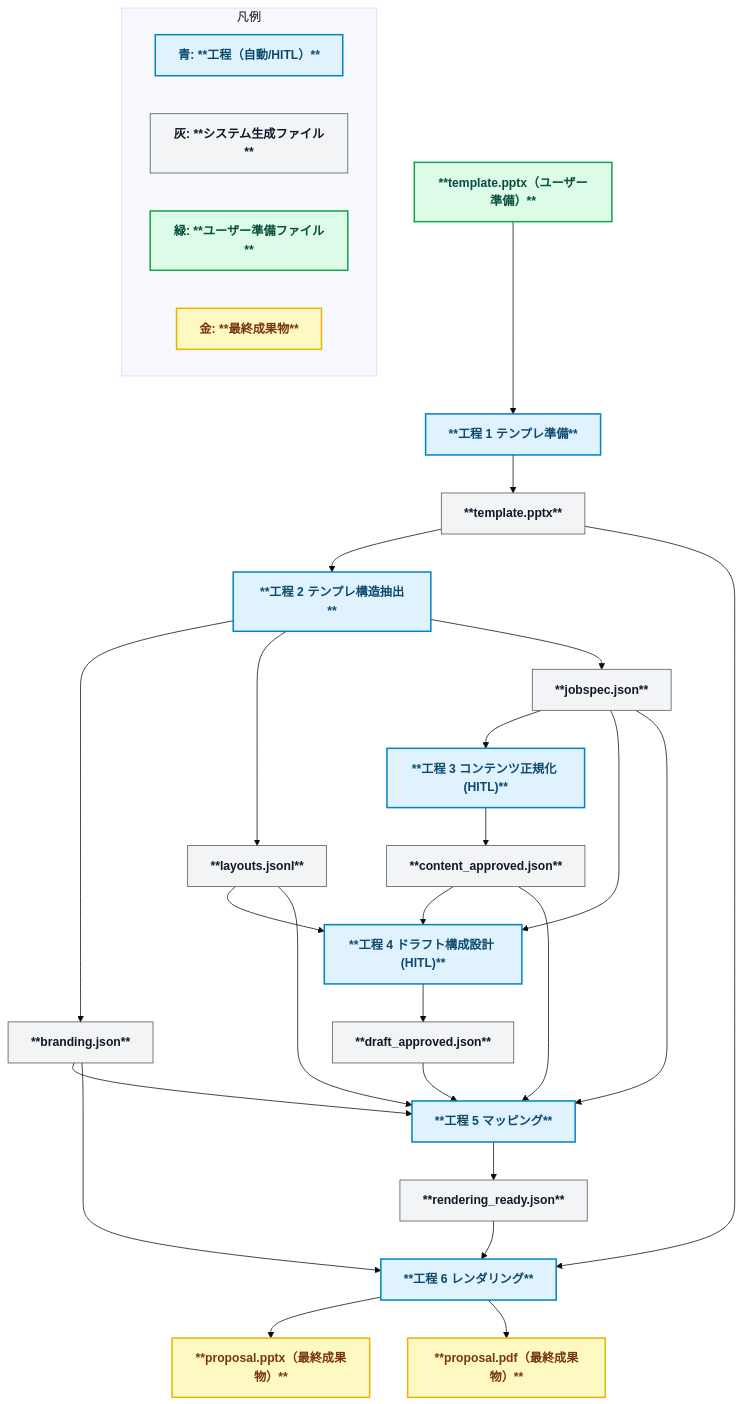
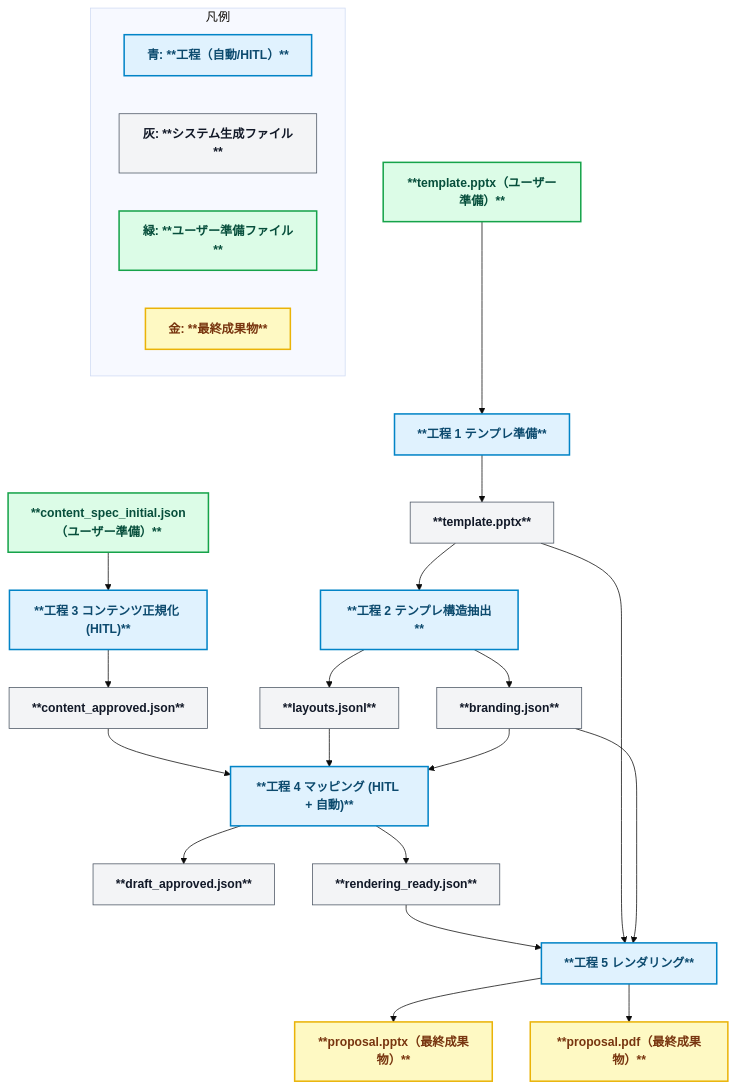
One commit to yurake/pptx_generator changed the diagram in README.md. Above: the diagram before and after it, drawn with Mermaid (base theme). The commit also changed other lines of this file and 37 other files, not shown here.

````diff
--- a/README.md
+++ b/README.md
@@ -30,52 +30,44 @@
 ```mermaid
 flowchart TD
   %% ======= Styles =======
   classDef stage fill:#e0f2fe,stroke:#0284c7,stroke-width:2px,color:#0c4a6e,font-weight:bold;
   classDef file fill:#f3f4f6,stroke:#4b5563,stroke-width:1px,color:#111827,font-weight:bold;
   classDef userfile fill:#dcfce7,stroke:#16a34a,stroke-width:2px,color:#064e3b,font-weight:bold;
   classDef final fill:#fef9c3,stroke:#eab308,stroke-width:2px,color:#78350f,font-weight:bold;
 
   %% ======= Stage 1 =======
   Tmpl["**template.pptx（ユーザー準備）**"]:::userfile --> S1["**工程 1 テンプレ準備**"]:::stage
   S1 --> Tmpl_out["**template.pptx**"]:::file
 
   %% ======= Stage 2 =======
   Tmpl_out --> S2["**工程 2 テンプレ構造抽出**"]:::stage
   S2 --> Brand["**branding.json**"]:::file
   S2 --> Layouts["**layouts.jsonl**"]:::file
-  S2 --> Jobspec["**jobspec.json**"]:::file
 
   %% ======= Stage 3 =======
-  Jobspec --> S3["**工程 3 コンテンツ正規化 (HITL)**"]:::stage
+  Spec["**content_spec_initial.json（ユーザー準備）**"]:::userfile --> S3["**工程 3 コンテンツ正規化 (HITL)**"]:::stage
   S3 --> Content["**content_approved.json**"]:::file
 
   %% ======= Stage 4 =======
-  Content --> S4["**工程 4 ドラフト構成設計 (HITL)**"]:::stage
+  Content --> S4["**工程 4 マッピング (HITL + 自動)**"]:::stage
   Layouts --> S4
-  Jobspec --> S4
+  Brand --> S4
   S4 --> Draft["**draft_approved.json**"]:::file
+  S4 --> Ready["**rendering_ready.json**"]:::file
 
   %% ======= Stage 5 =======
-  Draft --> S5["**工程 5 マッピング**"]:::stage
-  Content --> S5
+  Ready --> S5["**工程 5 レンダリング**"]:::stage
+  Tmpl_out --> S5
   Brand --> S5
-  Layouts --> S5
-  Jobspec --> S5
-  S5 --> Ready["**rendering_ready.json**"]:::file
-
-  %% ======= Stage 6 =======
-  Ready --> S6["**工程 6 レンダリング**"]:::stage
-  Tmpl_out --> S6
-  Brand --> S6
-  S6 --> PPTX["**proposal.pptx（最終成果物）**"]:::final
-  S6 --> PDF["**proposal.pdf（最終成果物）**"]:::final
+  S5 --> PPTX["**proposal.pptx（最終成果物）**"]:::final
+  S5 --> PDF["**proposal.pdf（最終成果物）**"]:::final
 
   %% ======= Legend =======
   subgraph Legend[凡例]
     direction LR
     A1["青: **工程（自動/HITL）**"]:::stage
     A2["灰: **システム生成ファイル**"]:::file
     A3["緑: **ユーザー準備ファイル**"]:::userfile
     A4["金: **最終成果物**"]:::final
   end
 ```
````
